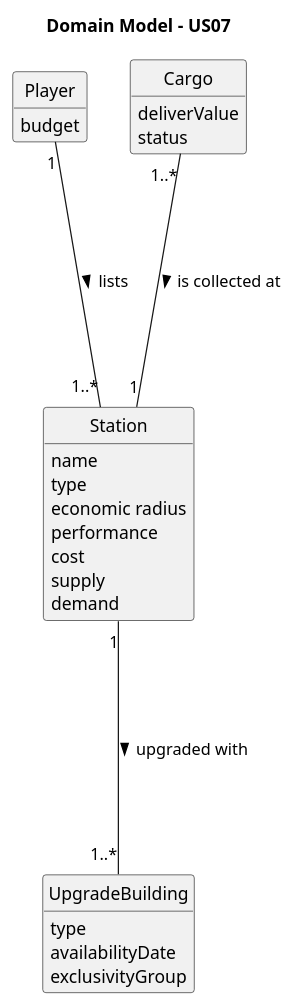
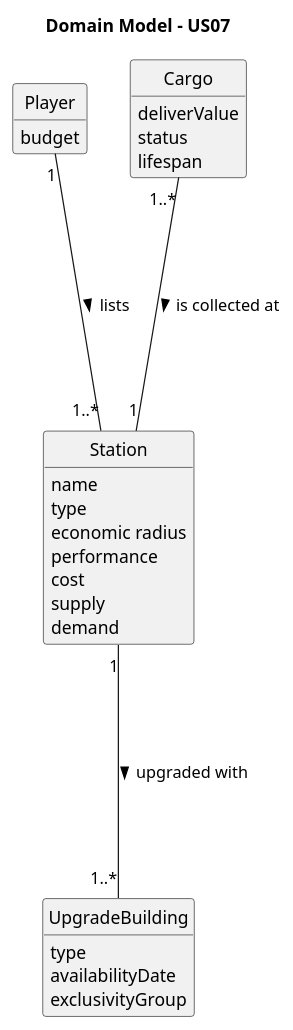
One commit to Educ00/mdisc-2425 changed the diagram in docs/system-documentation/sprint 2/US07/02.analysis/puml/US007-DM.puml. Above: the diagram before and after it, drawn with PlantUML. The commit also changed 7 other files, not shown here.

```diff
--- a/docs/system-documentation/sprint 2/US07/02.analysis/puml/US007-DM.puml
+++ b/docs/system-documentation/sprint 2/US07/02.analysis/puml/US007-DM.puml
@@ -1,42 +1,43 @@
 @startuml
 
 skinparam monochrome true
 skinparam packageStyle rectangle
 skinparam shadowing false
 skinparam classAttributeIconSize 0
 hide circle
 hide methods
 
 title Domain Model - US07
 
 class Station {
     name
     type
     economic radius
     performance
     cost
     supply
     demand
 }
 
 class UpgradeBuilding {
     type
     availabilityDate
     exclusivityGroup
 }
 
 
 class Player {
     budget
 }
 
 class Cargo{
 deliverValue
 status
+lifespan
 }
 
 Station "1" ---- "1..*" UpgradeBuilding : upgraded with >
 Player "1" ---- "1..*" Station : lists >
 Cargo "1..*" ---- "1" Station : is collected at >
 
 @enduml
```
